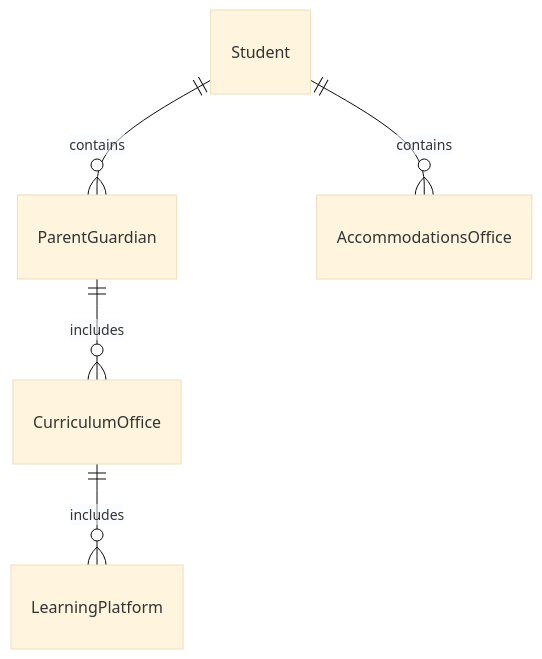
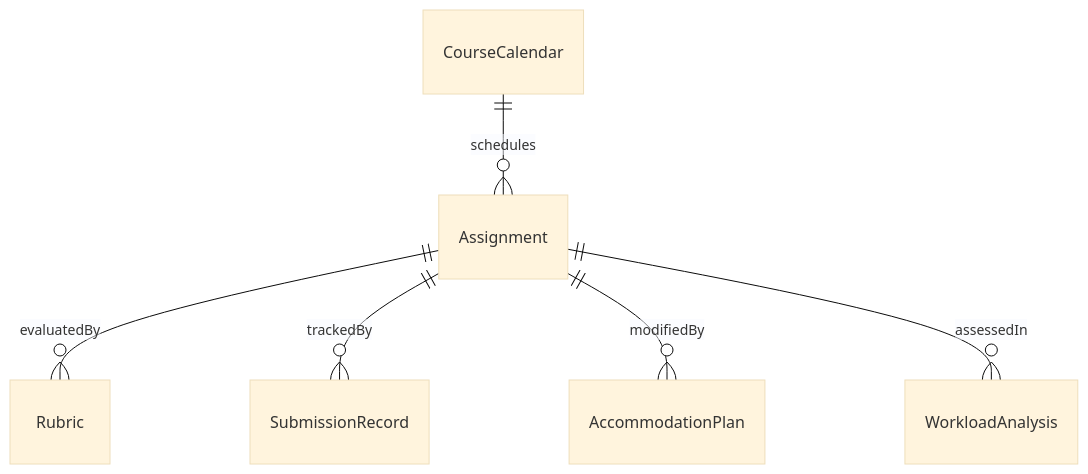
The first of 4 diagrams in GuidingDirectingAndMotivatingSubordinates/AssignWorkToOthers/AssignClassWorkStudents.mdx (dot-org-ai/tasks.org.ai), drawn with Mermaid (base theme) before and after one commit. The commit also changed other lines of this file and 515 other files, not shown here.

````diff
--- a/GuidingDirectingAndMotivatingSubordinates/AssignWorkToOthers/AssignClassWorkStudents.mdx
+++ b/GuidingDirectingAndMotivatingSubordinates/AssignWorkToOthers/AssignClassWorkStudents.mdx
@@ -87,7 +87,8 @@
 ```mermaid
 erDiagram
-    Student ||--o{ ParentGuardian : contains
-    Student ||--o{ AccommodationsOffice : contains
-    ParentGuardian ||--o{ CurriculumOffice : includes
-    CurriculumOffice ||--o{ LearningPlatform : includes
+    Assignment ||--o{ Rubric : evaluatedBy
+    Assignment ||--o{ SubmissionRecord : trackedBy
+    Assignment ||--o{ AccommodationPlan : modifiedBy
+    CourseCalendar ||--o{ Assignment : schedules
+    Assignment ||--o{ WorkloadAnalysis : assessedIn
 ```
````
